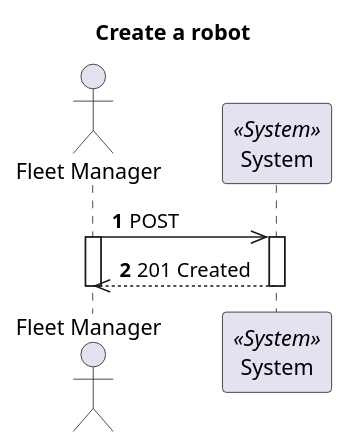
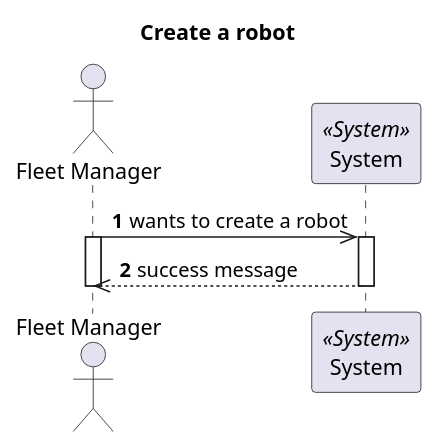
The diagram in docs/VistaProcesso/US360(1010)/ProcessView_Level1_US360_1010.puml (1210910/lapr5), drawn with PlantUML before and after one commit. The commit also changed 14 other files, not shown here.

Commit message:
Fixed diagrams (communication user/system)

```diff
--- a/docs/VistaProcesso/US360(1010)/ProcessView_Level1_US360_1010.puml
+++ b/docs/VistaProcesso/US360(1010)/ProcessView_Level1_US360_1010.puml
@@ -1,22 +1,22 @@
 @startuml Process View - Level 1 - Create a robot
 'https://plantuml.com/sequence-diagram
 
 autonumber
 skinparam packageStyle rect
 
 title Create a robot
 
 actor "Fleet Manager" as FM
 participant "System" as Sys <<System>>
 
-FM->> Sys : POST
+FM->> Sys : wants to create a robot
 
 activate FM
 activate Sys
 
-FM<<--Sys : 201 Created
+FM<<--Sys : success message
 
 deactivate Sys
 deactivate FM
 
 @enduml
```
